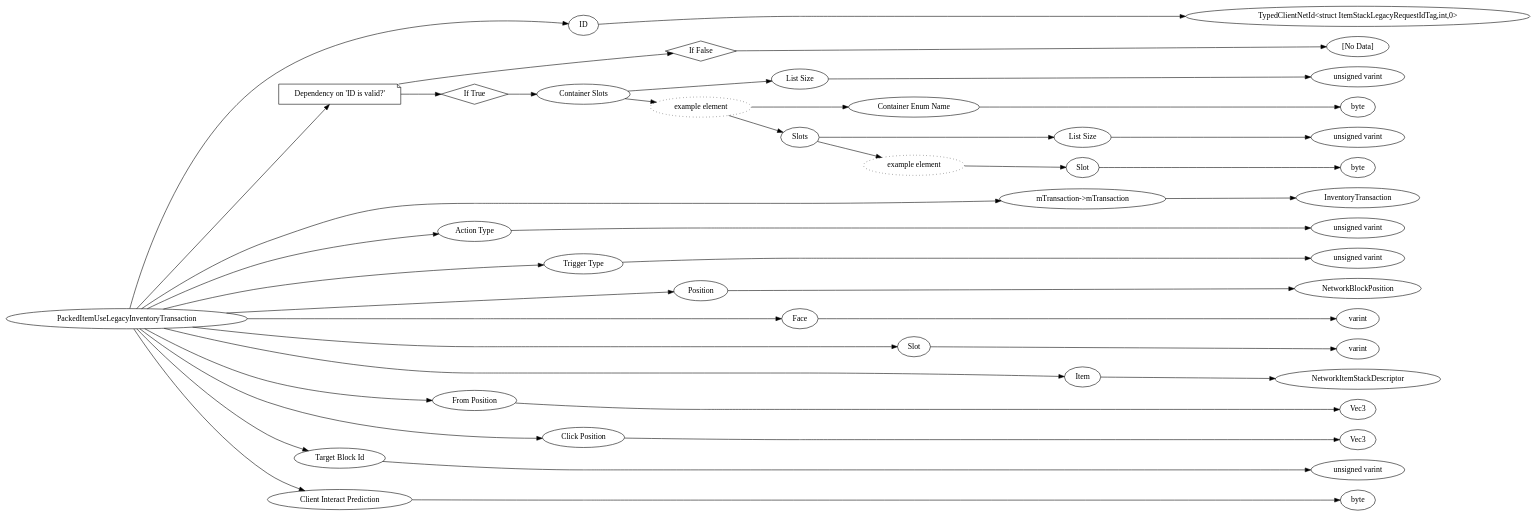
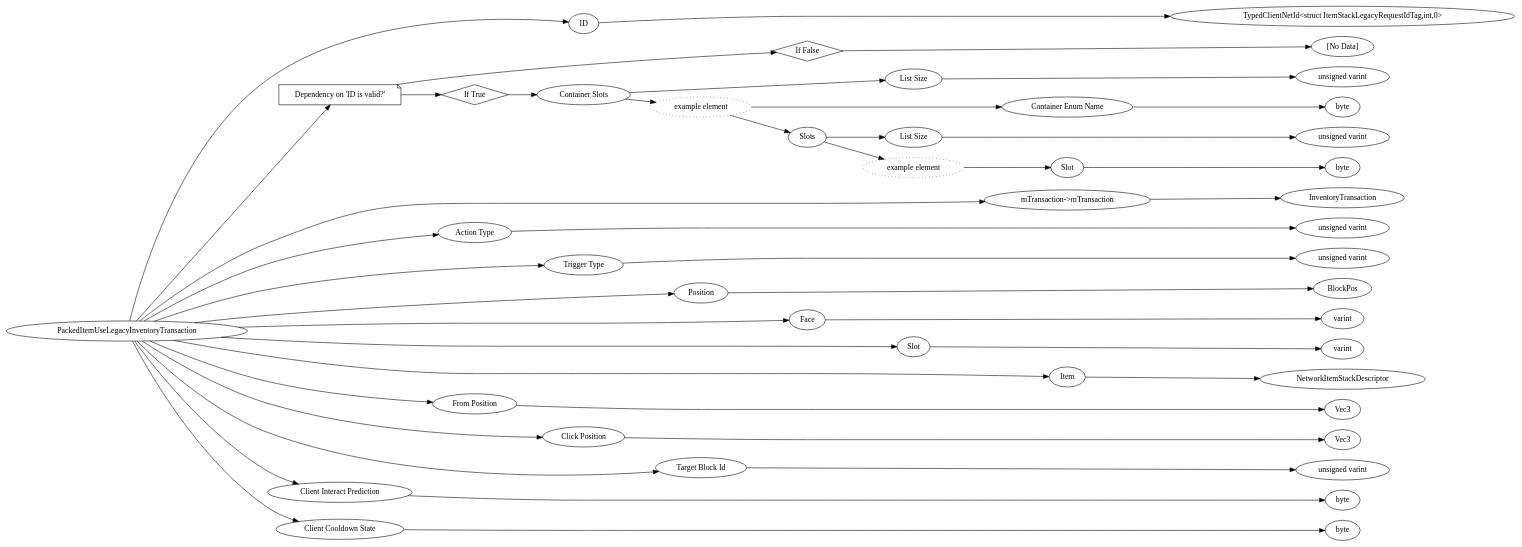
Before and after one commit to Mojang/bedrock-protocol-docs: the diagram in dot/PackedItemUseLegacyInventoryTransaction.dot, drawn with Graphviz. The commit also changed 589 other files, not shown here.

```diff
--- a/dot/PackedItemUseLegacyInventoryTransaction.dot
+++ b/dot/PackedItemUseLegacyInventoryTransaction.dot
@@ -1,88 +1,92 @@
 digraph "PackedItemUseLegacyInventoryTransaction" {
 rankdir = LR
 41
 41 -> 42
 42 -> 46
 41 -> 47
 47 -> 48
 48 -> 49
 47 -> 50
 50 -> 51
 51 -> 52
 52 -> 53
 51 -> 54
 54 -> 55
 55 -> 56
 54 -> 57
 57 -> 58
 58 -> 59
 57 -> 60
 60 -> 61
 61 -> 62
 41 -> 63
 63 -> 64
 41 -> 65
 65 -> 66
 41 -> 67
 67 -> 68
 41 -> 69
 69 -> 70
 41 -> 71
 71 -> 72
 41 -> 73
 73 -> 74
 41 -> 75
 75 -> 76
 41 -> 77
 77 -> 78
 41 -> 79
 79 -> 80
 41 -> 81
 81 -> 82
 41 -> 83
 83 -> 84
+41 -> 85
+85 -> 86
 
 41 [label="PackedItemUseLegacyInventoryTransaction",comment="name: \"PackedItemUseLegacyInventoryTransaction\", typeName: \"\", id: 41, branchId: 0, recurseId: -1, attributes: 0, notes: \"\""];
 42 [label="ID",comment="name: \"ID\", typeName: \"TypedClientNetId<struct ItemStackLegacyRequestIdTag,int,0>\", id: 42, branchId: 0, recurseId: -1, attributes: 256, notes: \"\""];
 46 [label="TypedClientNetId<struct ItemStackLegacyRequestIdTag,int,0>",comment="name: \"TypedClientNetId<struct ItemStackLegacyRequestIdTag,int,0>\", typeName: \"\", id: 46, branchId: 0, recurseId: -1, attributes: 512, notes: \"\""];
 47 [label="Dependency on 'ID is valid?'",shape=note,comment="name: \"Dependency on 'ID is valid?'\", typeName: \"\", id: 47, branchId: 0, recurseId: -1, attributes: 2, notes: \"\""];
 48 [label="If False",shape=diamond,comment="name: \"If False\", typeName: \"\", id: 48, branchId: 0, recurseId: -1, attributes: 4, notes: \"\""];
 49 [label="[No Data]",comment="name: \"[No Data]\", typeName: \"\", id: 49, branchId: 0, recurseId: -1, attributes: 512, notes: \"\""];
 50 [label="If True",shape=diamond,comment="name: \"If True\", typeName: \"\", id: 50, branchId: 1, recurseId: -1, attributes: 4, notes: \"\""];
 51 [label="Container Slots",comment="name: \"Container Slots\", typeName: \"\", id: 51, branchId: 0, recurseId: -1, attributes: 8, notes: \"\""];
 52 [label="List Size",comment="name: \"List Size\", typeName: \"\", id: 52, branchId: 0, recurseId: -1, attributes: 0, notes: \"\""];
 53 [label="unsigned varint",comment="name: \"unsigned varint\", typeName: \"\", id: 53, branchId: 0, recurseId: -1, attributes: 512, notes: \"\""];
 54 [label="example element",style=dotted,comment="name: \"example element\", typeName: \"\", id: 54, branchId: 0, recurseId: -1, attributes: 16, notes: \"\""];
 55 [label="Container Enum Name",comment="name: \"Container Enum Name\", typeName: \"\", id: 55, branchId: 0, recurseId: -1, attributes: 0, notes: \"\""];
 56 [label="byte",comment="name: \"byte\", typeName: \"\", id: 56, branchId: 0, recurseId: -1, attributes: 512, notes: \"\""];
 57 [label="Slots",comment="name: \"Slots\", typeName: \"\", id: 57, branchId: 0, recurseId: -1, attributes: 8, notes: \"\""];
 58 [label="List Size",comment="name: \"List Size\", typeName: \"\", id: 58, branchId: 0, recurseId: -1, attributes: 0, notes: \"\""];
 59 [label="unsigned varint",comment="name: \"unsigned varint\", typeName: \"\", id: 59, branchId: 0, recurseId: -1, attributes: 512, notes: \"\""];
 60 [label="example element",style=dotted,comment="name: \"example element\", typeName: \"\", id: 60, branchId: 0, recurseId: -1, attributes: 16, notes: \"\""];
 61 [label="Slot",comment="name: \"Slot\", typeName: \"\", id: 61, branchId: 0, recurseId: -1, attributes: 0, notes: \"\""];
 62 [label="byte",comment="name: \"byte\", typeName: \"\", id: 62, branchId: 0, recurseId: -1, attributes: 512, notes: \"\""];
 63 [label="mTransaction->mTransaction",comment="name: \"mTransaction->mTransaction\", typeName: \"InventoryTransaction\", id: 63, branchId: 0, recurseId: -1, attributes: 256, notes: \"Our ComplexInventoryTransaction contains an InventoryTransaction within it\""];
 64 [label="InventoryTransaction",comment="name: \"InventoryTransaction\", typeName: \"\", id: 64, branchId: 0, recurseId: -1, attributes: 512, notes: \"\""];
 65 [label="Action Type",comment="name: \"Action Type\", typeName: \"\", id: 65, branchId: 0, recurseId: -1, attributes: 0, notes: \"\""];
 66 [label="unsigned varint",comment="name: \"unsigned varint\", typeName: \"\", id: 66, branchId: 0, recurseId: -1, attributes: 512, notes: \"\""];
 67 [label="Trigger Type",comment="name: \"Trigger Type\", typeName: \"\", id: 67, branchId: 0, recurseId: -1, attributes: 0, notes: \"PlayerInput if it's a direct result from a player's initial button input,		SimulationTick if the player is holding down the input button started from a previous tick.\""];
 68 [label="unsigned varint",comment="name: \"unsigned varint\", typeName: \"\", id: 68, branchId: 0, recurseId: -1, attributes: 512, notes: \"\""];
-69 [label="Position",comment="name: \"Position\", typeName: \"NetworkBlockPosition\", id: 69, branchId: 0, recurseId: -1, attributes: 256, notes: \"\""];
-70 [label="NetworkBlockPosition",comment="name: \"NetworkBlockPosition\", typeName: \"\", id: 70, branchId: 0, recurseId: -1, attributes: 512, notes: \"\""];
+69 [label="Position",comment="name: \"Position\", typeName: \"BlockPos\", id: 69, branchId: 0, recurseId: -1, attributes: 256, notes: \"\""];
+70 [label="BlockPos",comment="name: \"BlockPos\", typeName: \"\", id: 70, branchId: 0, recurseId: -1, attributes: 512, notes: \"\""];
 71 [label="Face",comment="name: \"Face\", typeName: \"\", id: 71, branchId: 0, recurseId: -1, attributes: 0, notes: \"\""];
 72 [label="varint",comment="name: \"varint\", typeName: \"\", id: 72, branchId: 0, recurseId: -1, attributes: 512, notes: \"\""];
 73 [label="Slot",comment="name: \"Slot\", typeName: \"\", id: 73, branchId: 0, recurseId: -1, attributes: 0, notes: \"\""];
 74 [label="varint",comment="name: \"varint\", typeName: \"\", id: 74, branchId: 0, recurseId: -1, attributes: 512, notes: \"\""];
 75 [label="Item",comment="name: \"Item\", typeName: \"NetworkItemStackDescriptor\", id: 75, branchId: 0, recurseId: -1, attributes: 256, notes: \"\""];
 76 [label="NetworkItemStackDescriptor",comment="name: \"NetworkItemStackDescriptor\", typeName: \"\", id: 76, branchId: 0, recurseId: -1, attributes: 512, notes: \"\""];
 77 [label="From Position",comment="name: \"From Position\", typeName: \"Vec3\", id: 77, branchId: 0, recurseId: -1, attributes: 256, notes: \"Where the player thinks they are when sending this\""];
 78 [label="Vec3",comment="name: \"Vec3\", typeName: \"\", id: 78, branchId: 0, recurseId: -1, attributes: 512, notes: \"\""];
 79 [label="Click Position",comment="name: \"Click Position\", typeName: \"Vec3\", id: 79, branchId: 0, recurseId: -1, attributes: 256, notes: \"\""];
 80 [label="Vec3",comment="name: \"Vec3\", typeName: \"\", id: 80, branchId: 0, recurseId: -1, attributes: 512, notes: \"\""];
 81 [label="Target Block Id",comment="name: \"Target Block Id\", typeName: \"\", id: 81, branchId: 0, recurseId: -1, attributes: 0, notes: \"\""];
 82 [label="unsigned varint",comment="name: \"unsigned varint\", typeName: \"\", id: 82, branchId: 0, recurseId: -1, attributes: 512, notes: \"\""];
 83 [label="Client Interact Prediction",comment="name: \"Client Interact Prediction\", typeName: \"\", id: 83, branchId: 0, recurseId: -1, attributes: 0, notes: \"\""];
 84 [label="byte",comment="name: \"byte\", typeName: \"\", id: 84, branchId: 0, recurseId: -1, attributes: 512, notes: \"\""];
-{ rank = max;46;49;53;56;59;62;64;66;68;70;72;74;76;78;80;82;84}
+85 [label="Client Cooldown State",comment="name: \"Client Cooldown State\", typeName: \"\", id: 85, branchId: 0, recurseId: -1, attributes: 0, notes: \"\""];
+86 [label="byte",comment="name: \"byte\", typeName: \"\", id: 86, branchId: 0, recurseId: -1, attributes: 512, notes: \"\""];
+{ rank = max;46;49;53;56;59;62;64;66;68;70;72;74;76;78;80;82;84;86}
 
 }
```
